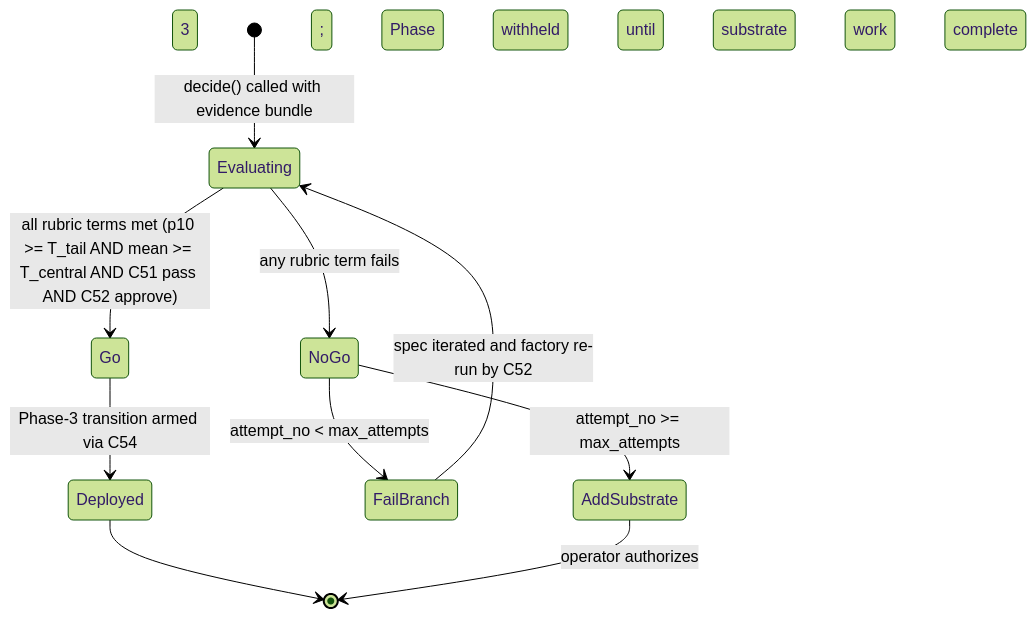
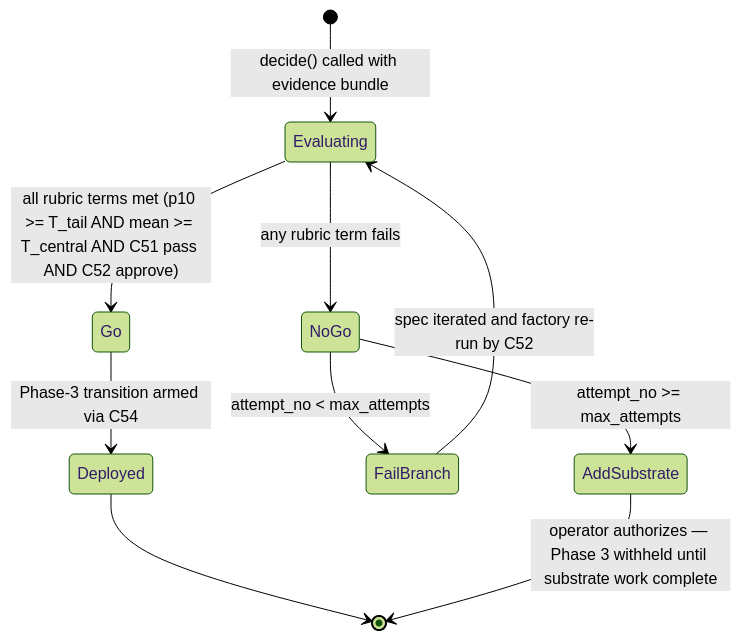
One commit to lago-morph/software-factory changed the diagram in architectures/v4/spec/C53-bootstrap-validation.md. Above: the diagram before and after it, drawn with Mermaid (forest theme). The commit also changed other lines of this file and 4 other files, not shown here.

````diff
--- a/architectures/v4/spec/C53-bootstrap-validation.md
+++ b/architectures/v4/spec/C53-bootstrap-validation.md
@@ -385,16 +385,16 @@
 ```mermaid
 stateDiagram-v2
     [*] --> Evaluating : decide() called with evidence bundle
 
     Evaluating --> Go : all rubric terms met (p10 >= T_tail AND mean >= T_central AND C51 pass AND C52 approve)
     Evaluating --> NoGo : any rubric term fails
 
     Go --> Deployed : Phase-3 transition armed via C54
     Deployed --> [*]
 
     NoGo --> FailBranch : attempt_no < max_attempts
     NoGo --> AddSubstrate : attempt_no >= max_attempts
 
     FailBranch --> Evaluating : spec iterated and factory re-run by C52
-    AddSubstrate --> [*] : operator authorizes; Phase 3 withheld until substrate work complete
+    AddSubstrate --> [*] : operator authorizes — Phase 3 withheld until substrate work complete
 ```
````
